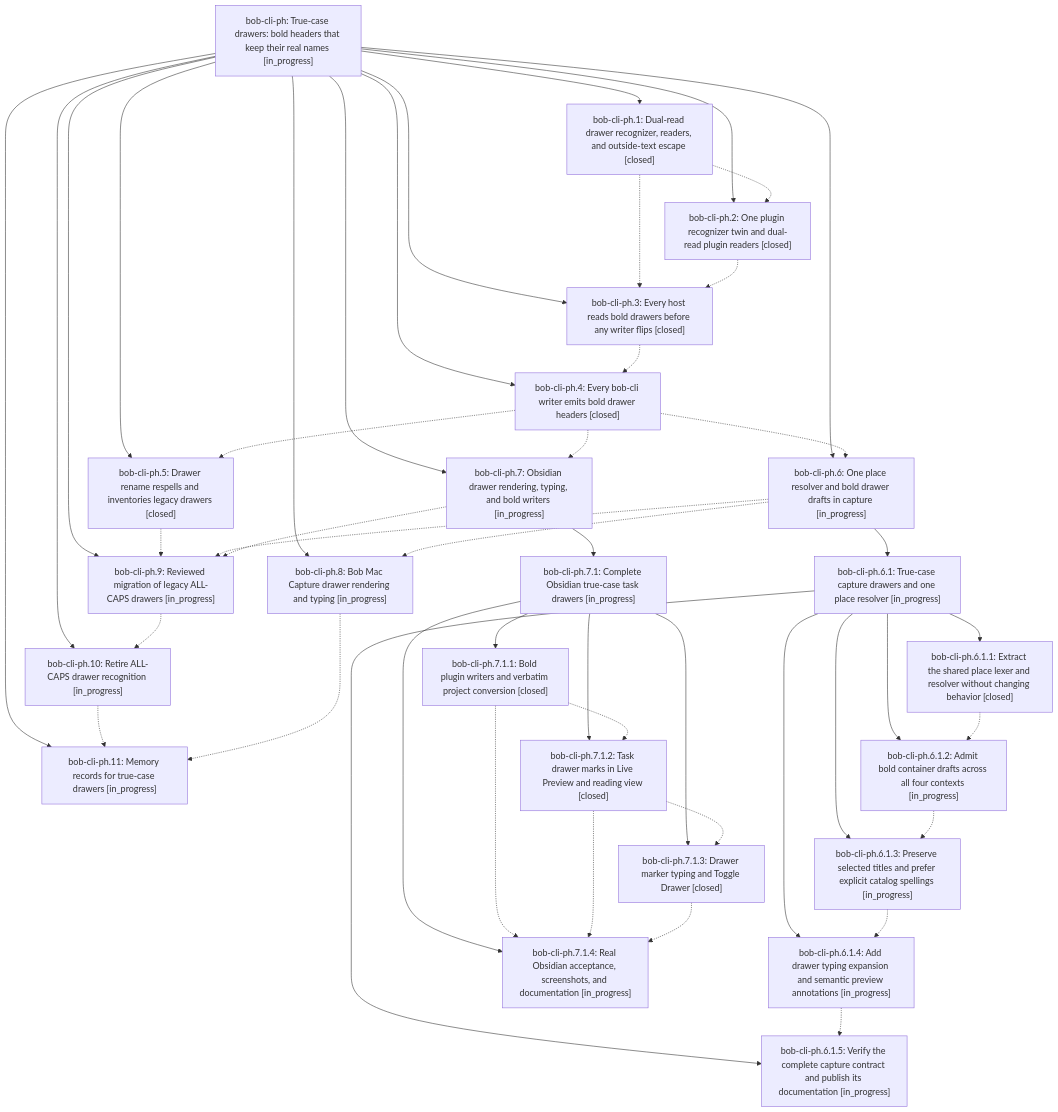
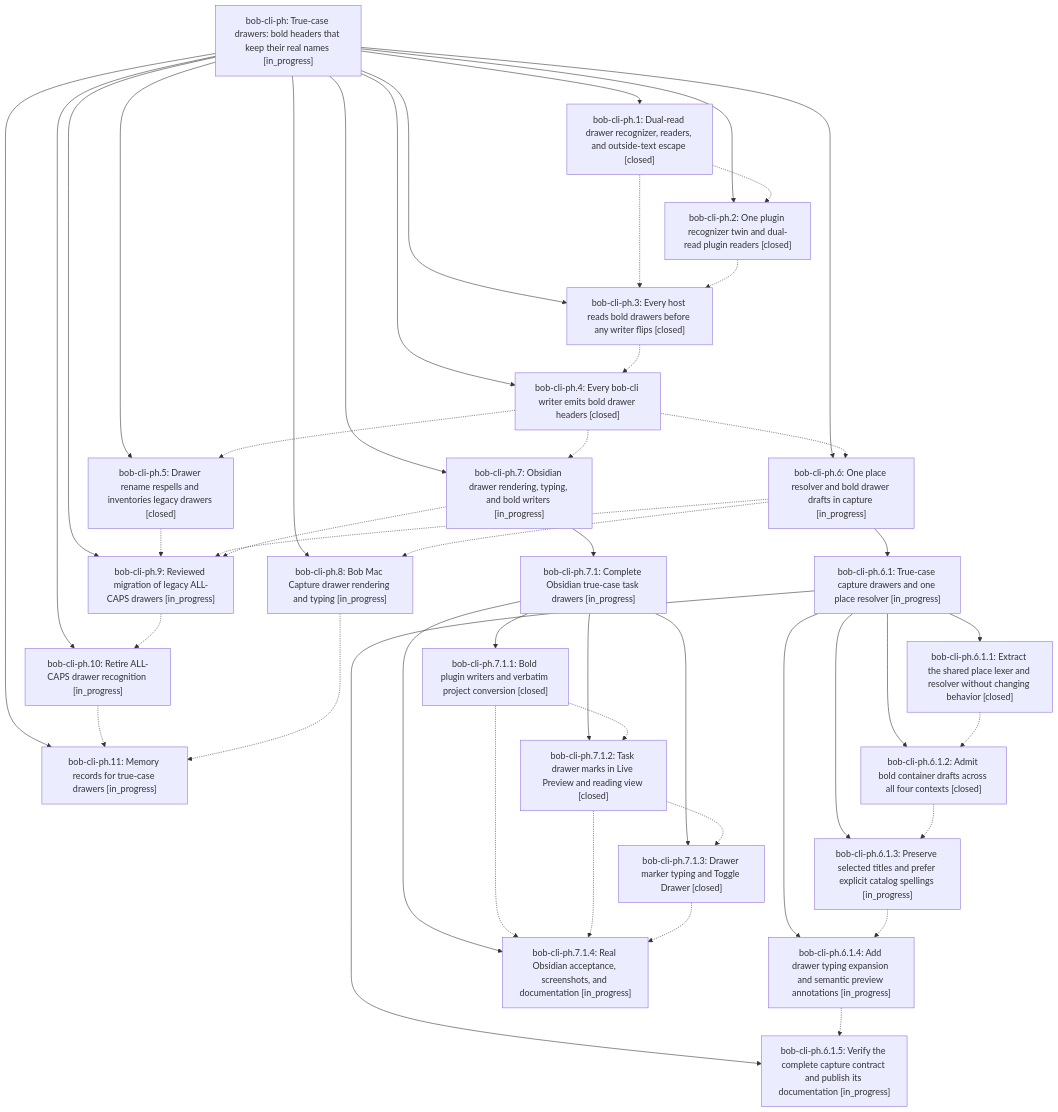
Before and after one commit to bobs-org/bob-cli--beads: the diagram in pages/bob-cli-ph/README.md, drawn with Mermaid. The commit also changed other lines of this file and 9 other files, not shown here.

First line of the commit message:
chore(beads): sync bead state and pages for bob-cli-ph

````diff
--- a/pages/bob-cli-ph/README.md
+++ b/pages/bob-cli-ph/README.md
@@ -56,71 +56,71 @@
 ```mermaid
 flowchart TD
     n0["bob-cli-ph: True-case drawers: bold headers that keep their real names [in_progress]"]
     n1["bob-cli-ph.1: Dual-read drawer recognizer, readers, and outside-text escape [closed]"]
     n2["bob-cli-ph.10: Retire ALL-CAPS drawer recognition [in_progress]"]
     n3["bob-cli-ph.11: Memory records for true-case drawers [in_progress]"]
     n4["bob-cli-ph.2: One plugin recognizer twin and dual-read plugin readers [closed]"]
     n5["bob-cli-ph.3: Every host reads bold drawers before any writer flips [closed]"]
     n6["bob-cli-ph.4: Every bob-cli writer emits bold drawer headers [closed]"]
     n7["bob-cli-ph.5: Drawer rename respells and inventories legacy drawers [closed]"]
     n8["bob-cli-ph.6: One place resolver and bold drawer drafts in capture [in_progress]"]
     n9["bob-cli-ph.6.1: True-case capture drawers and one place resolver [in_progress]"]
     n10["bob-cli-ph.6.1.1: Extract the shared place lexer and resolver without changing behavior [closed]"]
-    n11["bob-cli-ph.6.1.2: Admit bold container drafts across all four contexts [in_progress]"]
+    n11["bob-cli-ph.6.1.2: Admit bold container drafts across all four contexts [closed]"]
     n12["bob-cli-ph.6.1.3: Preserve selected titles and prefer explicit catalog spellings [in_progress]"]
     n13["bob-cli-ph.6.1.4: Add drawer typing expansion and semantic preview annotations [in_progress]"]
     n14["bob-cli-ph.6.1.5: Verify the complete capture contract and publish its documentation [in_progress]"]
     n15["bob-cli-ph.7: Obsidian drawer rendering, typing, and bold writers [in_progress]"]
     n16["bob-cli-ph.7.1: Complete Obsidian true-case task drawers [in_progress]"]
     n17["bob-cli-ph.7.1.1: Bold plugin writers and verbatim project conversion [closed]"]
     n18["bob-cli-ph.7.1.2: Task drawer marks in Live Preview and reading view [closed]"]
     n19["bob-cli-ph.7.1.3: Drawer marker typing and Toggle Drawer [closed]"]
     n20["bob-cli-ph.7.1.4: Real Obsidian acceptance, screenshots, and documentation [in_progress]"]
     n21["bob-cli-ph.8: Bob Mac Capture drawer rendering and typing [in_progress]"]
     n22["bob-cli-ph.9: Reviewed migration of legacy ALL-CAPS drawers [in_progress]"]
     n0 --> n1
     n0 --> n2
     n0 --> n3
     n0 --> n4
     n0 --> n5
     n0 --> n6
     n0 --> n7
     n0 --> n8
     n8 --> n9
     n9 --> n10
     n9 --> n11
     n9 --> n12
     n9 --> n13
     n9 --> n14
     n0 --> n15
     n15 --> n16
     n16 --> n17
     n16 --> n18
     n16 --> n19
     n16 --> n20
     n0 --> n21
     n0 --> n22
     n1 -.-> n4
     n1 -.-> n5
     n2 -.-> n3
     n4 -.-> n5
     n5 -.-> n6
     n6 -.-> n7
     n6 -.-> n8
     n6 -.-> n15
     n7 -.-> n22
     n8 -.-> n21
     n8 -.-> n22
     n10 -.-> n11
     n11 -.-> n12
     n12 -.-> n13
     n13 -.-> n14
     n15 -.-> n22
     n17 -.-> n18
     n17 -.-> n20
     n18 -.-> n19
     n18 -.-> n20
     n19 -.-> n20
     n21 -.-> n3
     n22 -.-> n2
 ```
````
